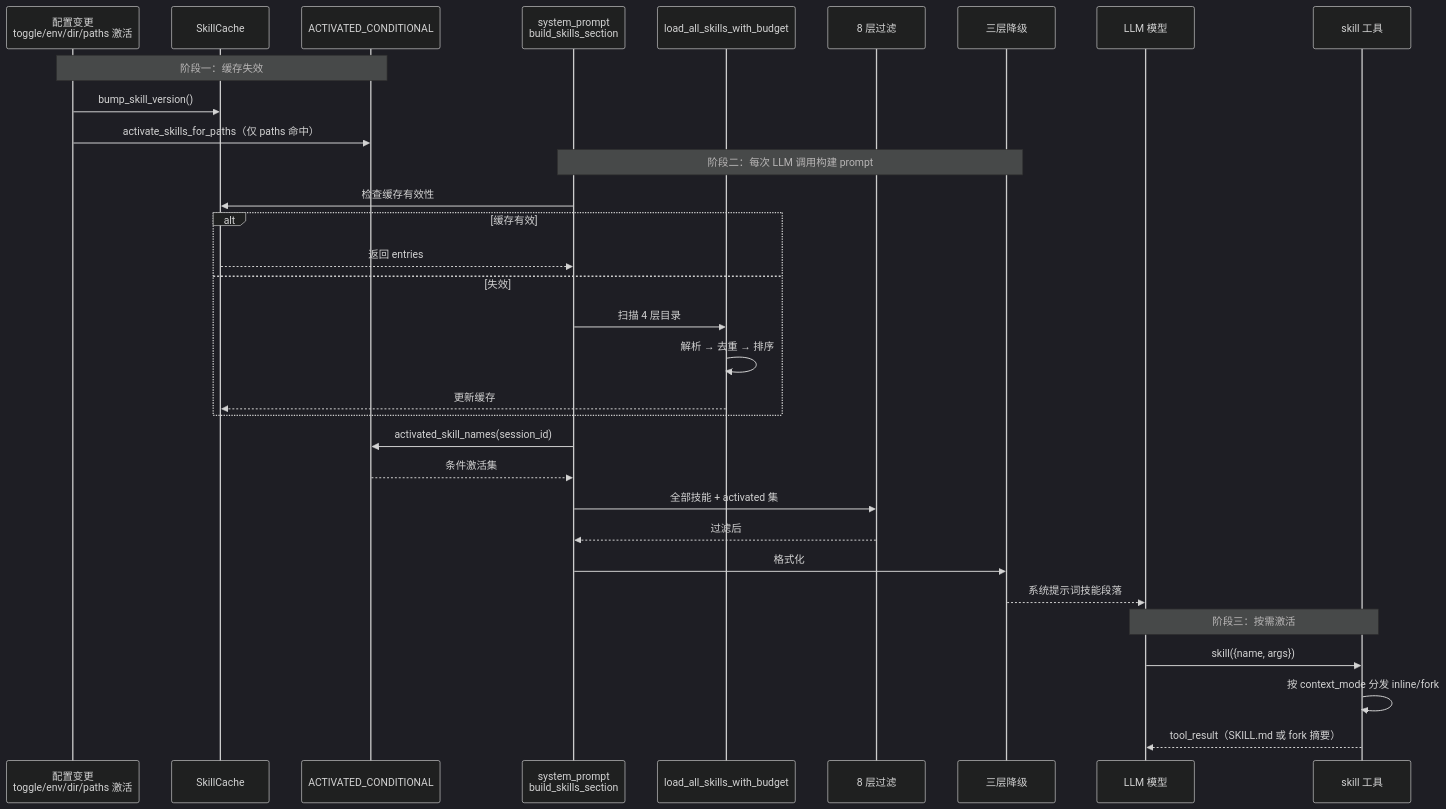
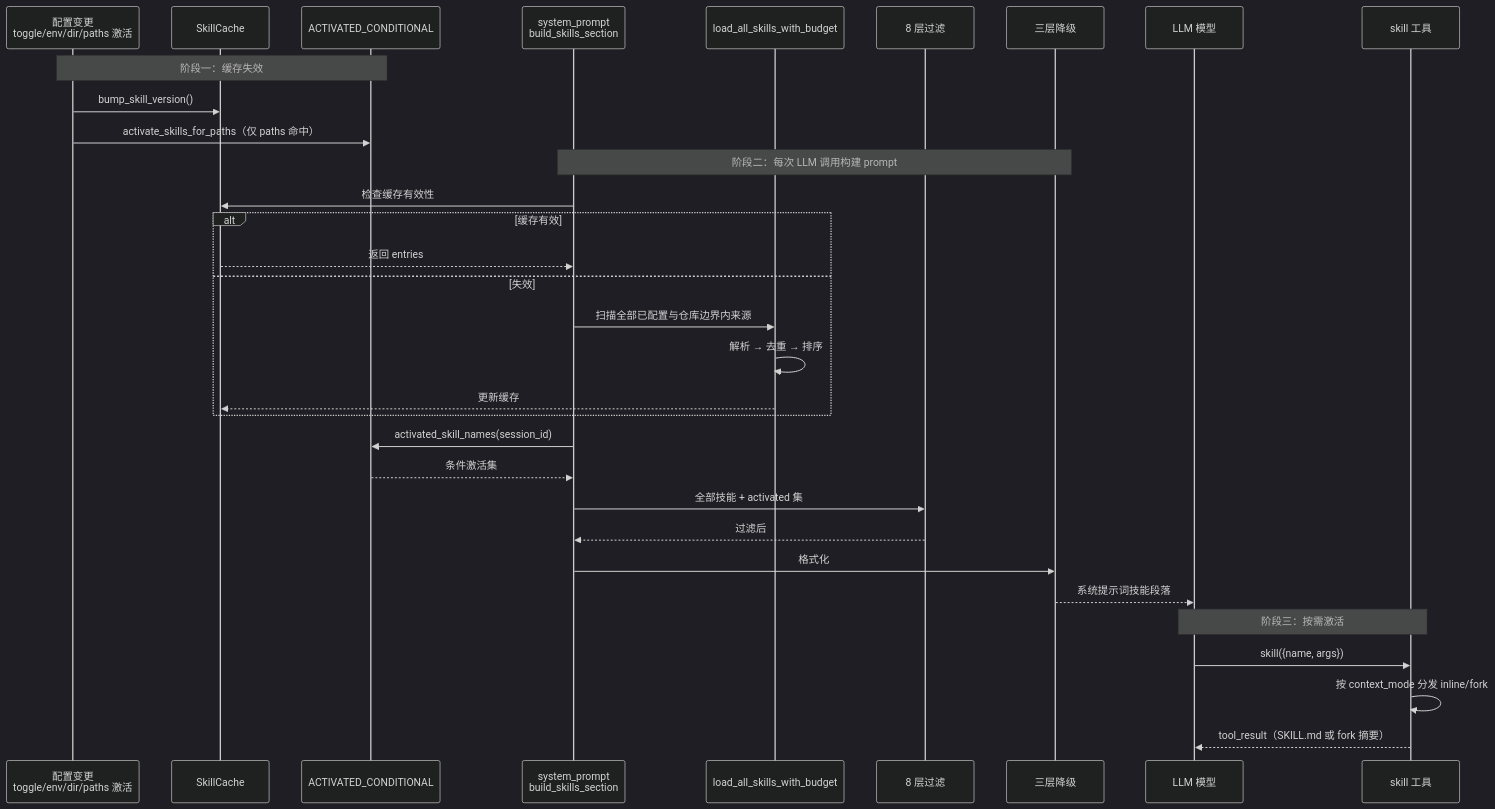
Before and after one commit to shiwenwen/hope-agent: diagram 18 of 19 in docs/architecture/agent/skill-system.md, drawn with Mermaid (dark theme). The commit also changed other lines of this file and 209 other files, not shown here.

````diff
--- a/docs/architecture/agent/skill-system.md
+++ b/docs/architecture/agent/skill-system.md
@@ -1255,37 +1265,37 @@
 ```mermaid
 sequenceDiagram
     participant CFG as 配置变更<br/>toggle/env/dir/paths 激活
     participant CACHE as SkillCache
     participant ACT as ACTIVATED_CONDITIONAL
     participant SP as system_prompt<br/>build_skills_section
     participant LOAD as load_all_skills_with_budget
     participant FILTER as 8 层过滤
     participant BUDGET as 三层降级
     participant LLM as LLM 模型
     participant SKTOOL as skill 工具
 
     Note over CFG,ACT: 阶段一：缓存失效
     CFG->>CACHE: bump_skill_version()
     CFG->>ACT: activate_skills_for_paths（仅 paths 命中）
 
     Note over SP,BUDGET: 阶段二：每次 LLM 调用构建 prompt
     SP->>CACHE: 检查缓存有效性
     alt 缓存有效
         CACHE-->>SP: 返回 entries
     else 失效
-        SP->>LOAD: 扫描 4 层目录
+        SP->>LOAD: 扫描全部已配置与仓库边界内来源
         LOAD->>LOAD: 解析 → 去重 → 排序
         LOAD-->>CACHE: 更新缓存
     end
     SP->>ACT: activated_skill_names(session_id)
     ACT-->>SP: 条件激活集
     SP->>FILTER: 全部技能 + activated 集
     FILTER-->>SP: 过滤后
     SP->>BUDGET: 格式化
     BUDGET-->>LLM: 系统提示词技能段落
 
     Note over LLM,SKTOOL: 阶段三：按需激活
     LLM->>SKTOOL: skill({name, args})
     SKTOOL->>SKTOOL: 按 context_mode 分发 inline/fork
     SKTOOL-->>LLM: tool_result（SKILL.md 或 fork 摘要）
 ```
````
